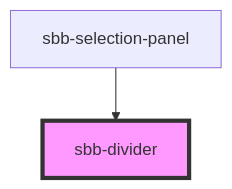
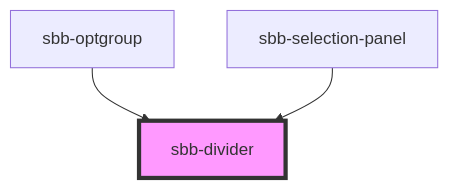
The diagram in src/components/sbb-divider/readme.md (sbb-design-systems/lyne-components), drawn with Mermaid before and after one commit. The commit also changed other lines of this file, not shown here.

Commit message:
docs(sbb-divider): update dependencies

````diff
--- a/src/components/sbb-divider/readme.md
+++ b/src/components/sbb-divider/readme.md
@@ -24,5 +25,6 @@
 ```mermaid
 graph TD;
+  sbb-optgroup --> sbb-divider
   sbb-selection-panel --> sbb-divider
   style sbb-divider fill:#f9f,stroke:#333,stroke-width:4px
 ```
````
